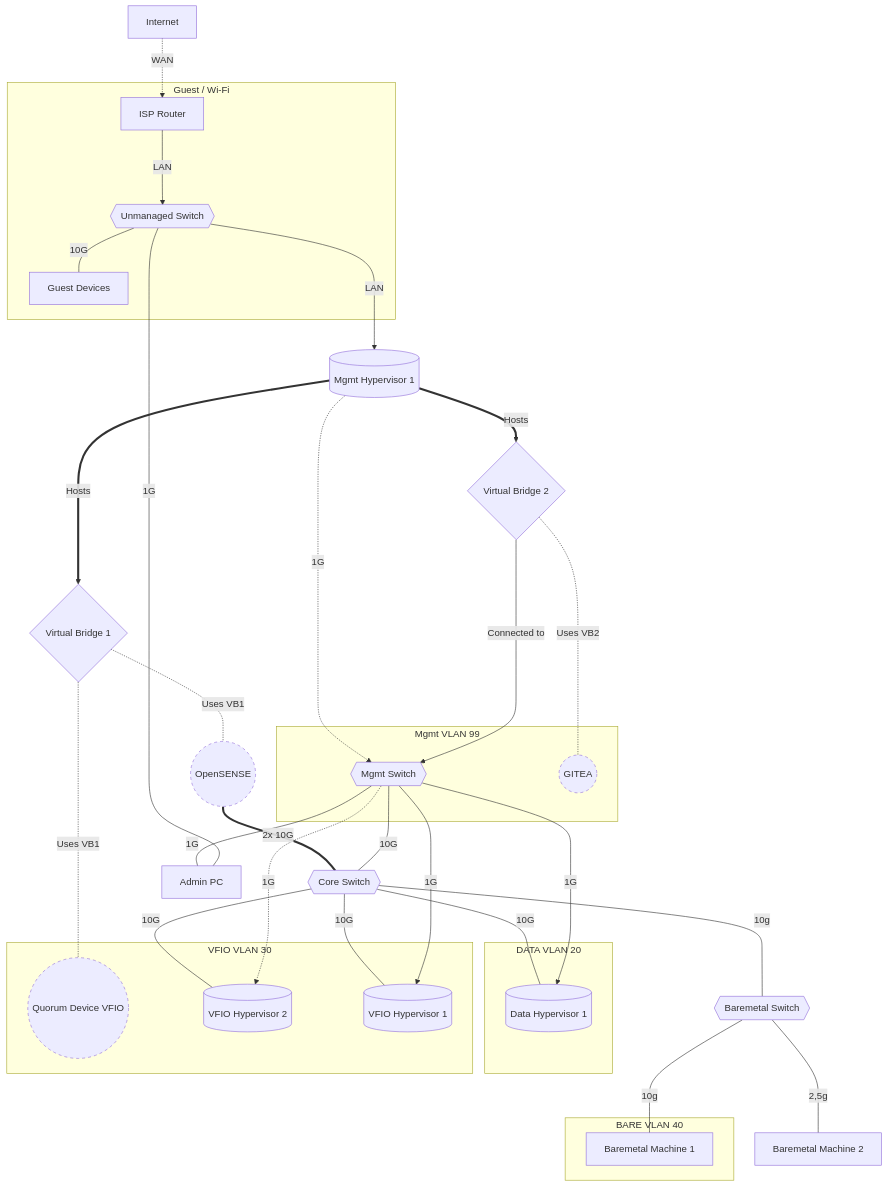
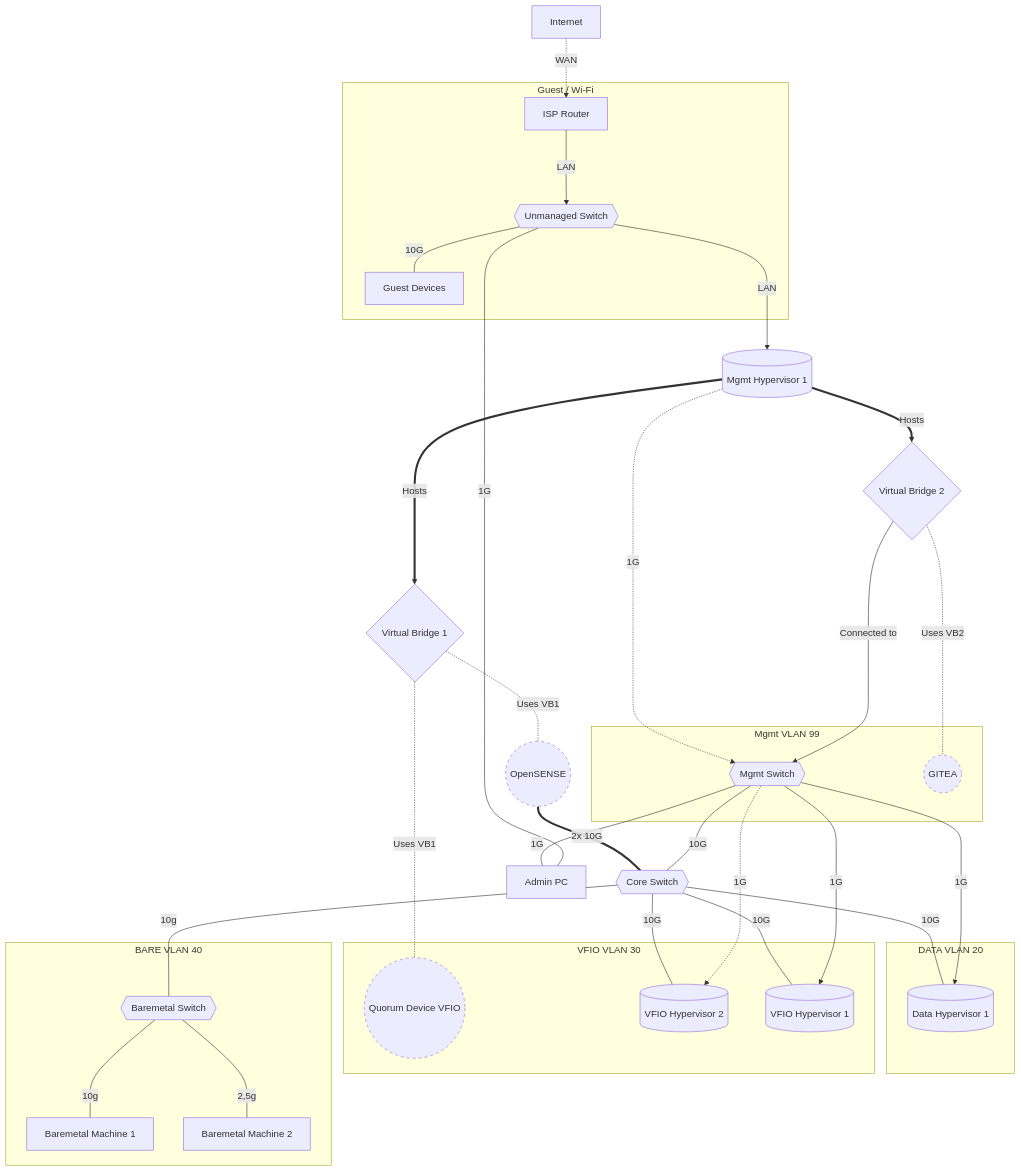
The diagram in alp/netop.md (woeiru/lab), drawn with Mermaid before and after one commit.

Commit message:
standard

````diff
--- a/alp/netop.md
+++ b/alp/netop.md
@@ -3,50 +3,52 @@
 ```mermaid
 graph TD
     INT[Internet] -.-> |WAN| ISPR[ISP Router]
     ISPR ---> |LAN| US
     US{{Unmanaged Switch}} ---> |LAN| MH1
     VB1{Virtual Bridge 1} -.- |"Uses VB1"| QDV((Quorum Device VFIO))
     VB1 -.- |"Uses VB1"| OPN((OpenSENSE))
     OPN ===|"2x 10G"| CS{{Core Switch}}
     MH1[(Mgmt Hypervisor 1)] -.-> |"1G"| MS{{Mgmt Switch}}
     MS --- |"10G"| CS
     MS ---|"1G"| APC[Admin PC]
     APC ---|"1G"| US
     MH1 ==>|"Hosts"| VB1
     MH1 ==>|"Hosts"| VB2{Virtual Bridge 2}
     VB2 -.- |"Uses VB2"| GIT((GITEA))
     VB2 ---> |"Connected to"| MS
     CS ---|"10G"| VH2[(VFIO Hypervisor 2)]
     MS -.->|"1G"| VH2
     US ---|"10G"| GD[Guest Devices]
     CS ---|"10G"| VH1[(VFIO Hypervisor 1)]
     MS --->|"1G"| VH1
     CS ---|"10G"| DH1[(Data Hypervisor 1)]
     MS --->|"1G"| DH1
     CS ---|"10g"| BMS{{Baremetal Switch}}
     BMS ---|"10g"| BM1[Baremetal Machine 1]
     BMS ---|"2,5g"| BM2[Baremetal Machine 2]
     subgraph VLAN20 [DATA VLAN 20]
         DH1
     end
     subgraph VLAN30 [VFIO VLAN 30]
         VH1
         VH2
         QDV
     end
     subgraph VLAN40 [BARE VLAN 40]
+       BMS
        BM1 
+       BM2 
     end
 
     subgraph VLAN99 [Mgmt VLAN 99]
         MS
         GIT
     end
     subgraph Guest [Guest / Wi-Fi]
         ISPR
         GD
         US
     end
     classDef punctuated stroke-dasharray: 5 5;
     class GIT,QDV,OPN punctuated;
 ```
````
